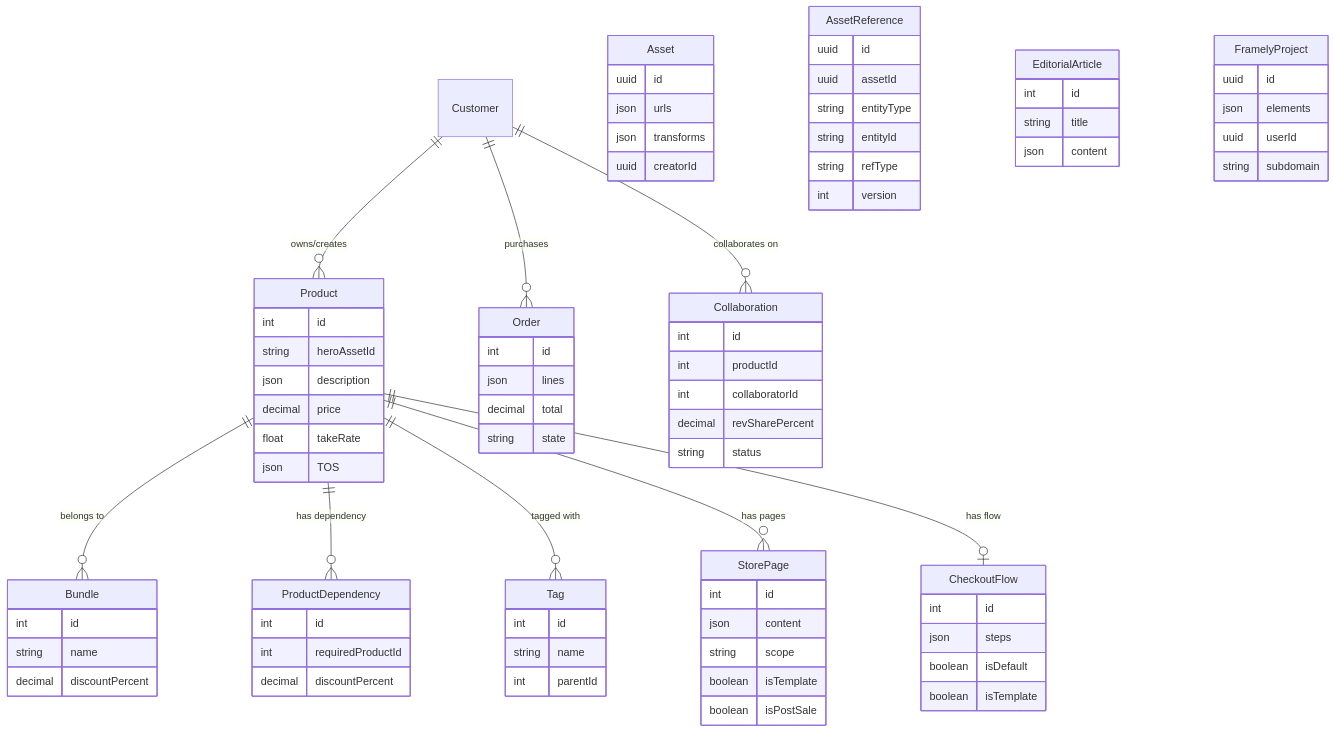
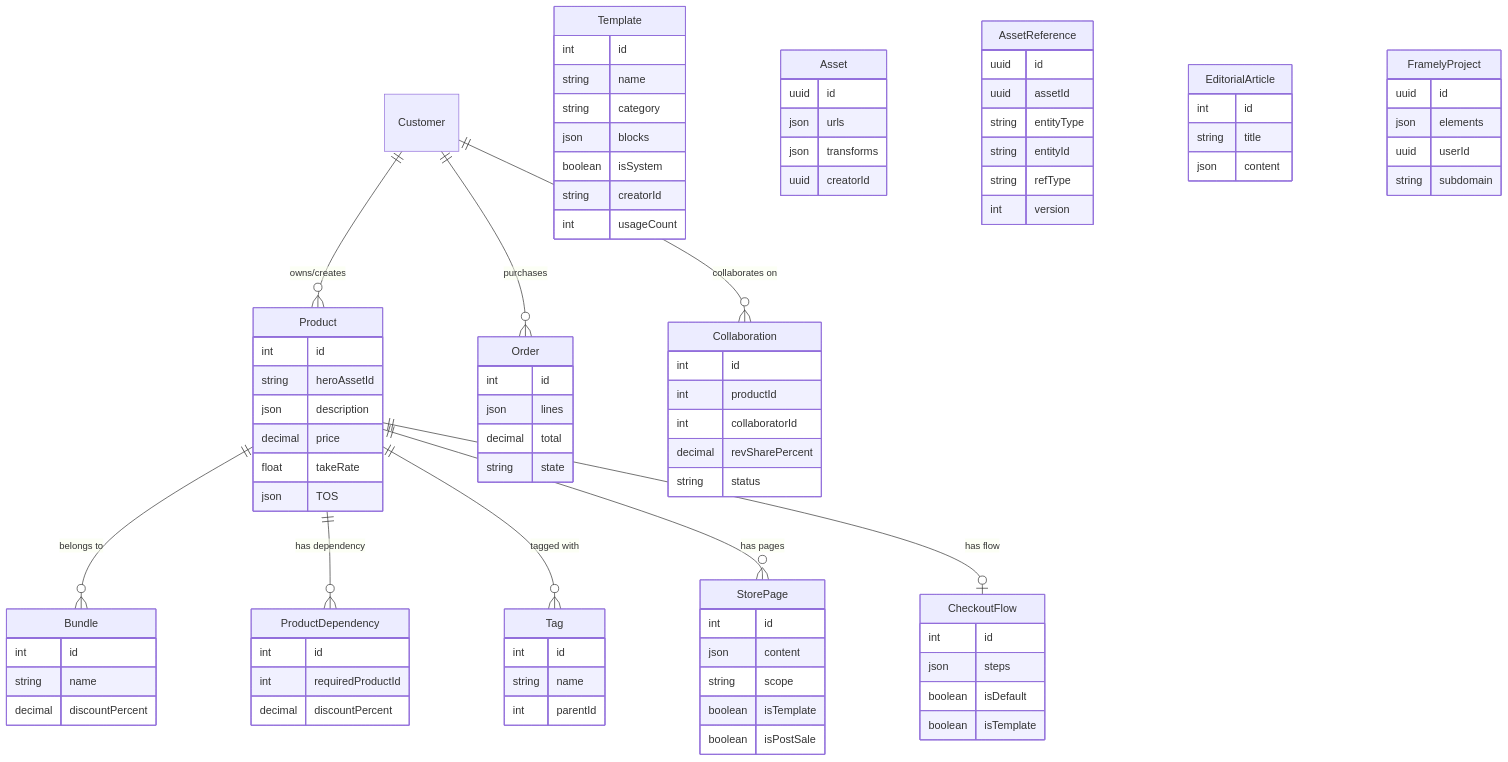
Before and after one commit to Yeusepe/simket: the second of 2 diagrams in docs/domain-model.md, drawn with Mermaid. The commit also changed other lines of this file and 69 other files, not shown here.

```diff
--- a/docs/domain-model.md
+++ b/docs/domain-model.md
@@ -142,6 +143,16 @@
         boolean isPostSale
     }
 
+    Template {
+        int id
+        string name
+        string category
+        json blocks
+        boolean isSystem
+        string creatorId
+        int usageCount
+    }
+
     CheckoutFlow {
         int id
         json steps
```
